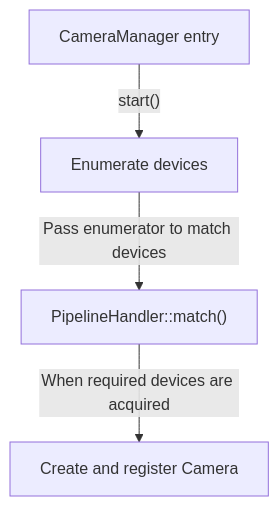
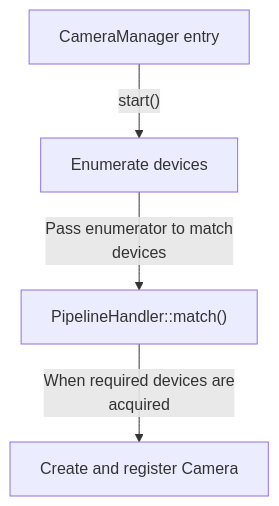
Before and after one commit to TTolsun/libcamera-sdd: the diagram in docs/en/overview.discovery-map.mmd, drawn with Mermaid. The commit also changed 98 other files, not shown here.

```diff
--- a/docs/en/overview.discovery-map.mmd
+++ b/docs/en/overview.discovery-map.mmd
@@ -1,9 +1,9 @@
 flowchart TB
 
   v_manager["CameraManager entry"]
   v_enumerate["Enumerate devices"]
   v_handler["PipelineHandler::match()"]
   v_camera["Create and register Camera"]
   v_manager -->|"start()"| v_enumerate
-  v_enumerate -->|"Pass enumerator to match devices"| v_handler
-  v_handler -->|"When required devices are acquired"| v_camera
+  v_enumerate -->|"Pass enumerator to match <br/>devices"| v_handler
+  v_handler -->|"When required devices are <br/>acquired"| v_camera
```
